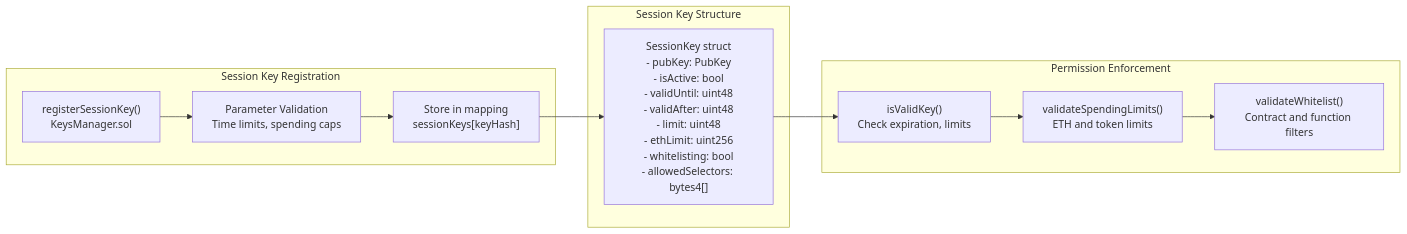
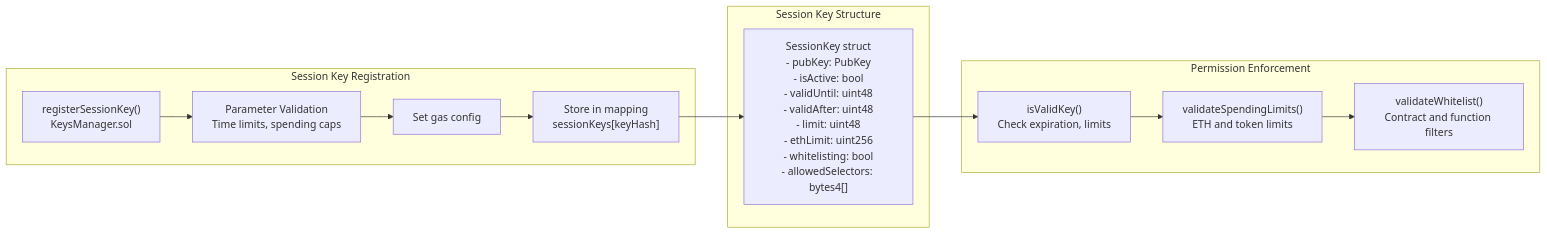
The third of 3 diagrams in docs/Architecture.md (openfort-xyz/openfort-7702-account), drawn with Mermaid before and after one commit. The commit also changed other lines of this file and 1 other file, not shown here.

Commit message:
(fix) Architecture.md

````diff
--- a/docs/Architecture.md
+++ b/docs/Architecture.md
@@ -378,26 +377,28 @@
 ```mermaid
 flowchart LR
     subgraph "Session Key Registration"
         RegisterKey["registerSessionKey()<br/>KeysManager.sol"]
         ValidateParams["Parameter Validation<br/>Time limits, spending caps"]
+        GasPolicy["Set gas config"]
         StoreKey["Store in mapping<br/>sessionKeys[keyHash]"]
     end
     
     subgraph "Session Key Structure"
         SessionKeyStruct["SessionKey struct<br/>- pubKey: PubKey<br/>- isActive: bool<br/>- validUntil: uint48<br/>- validAfter: uint48<br/>- limit: uint48<br/>- ethLimit: uint256<br/>- whitelisting: bool<br/>- allowedSelectors: bytes4[]"]
     end
     
     subgraph "Permission Enforcement"
         ValidateKey["isValidKey()<br/>Check expiration, limits"]
         CheckSpending["validateSpendingLimits()<br/>ETH and token limits"]
         CheckWhitelist["validateWhitelist()<br/>Contract and function filters"]
     end
 
     %% Flow connections
     RegisterKey --> ValidateParams
-    ValidateParams --> StoreKey
+    ValidateParams --> GasPolicy
+    GasPolicy --> StoreKey
     StoreKey --> SessionKeyStruct
     SessionKeyStruct --> ValidateKey
     ValidateKey --> CheckSpending
     CheckSpending --> CheckWhitelist
 ``` 
````
